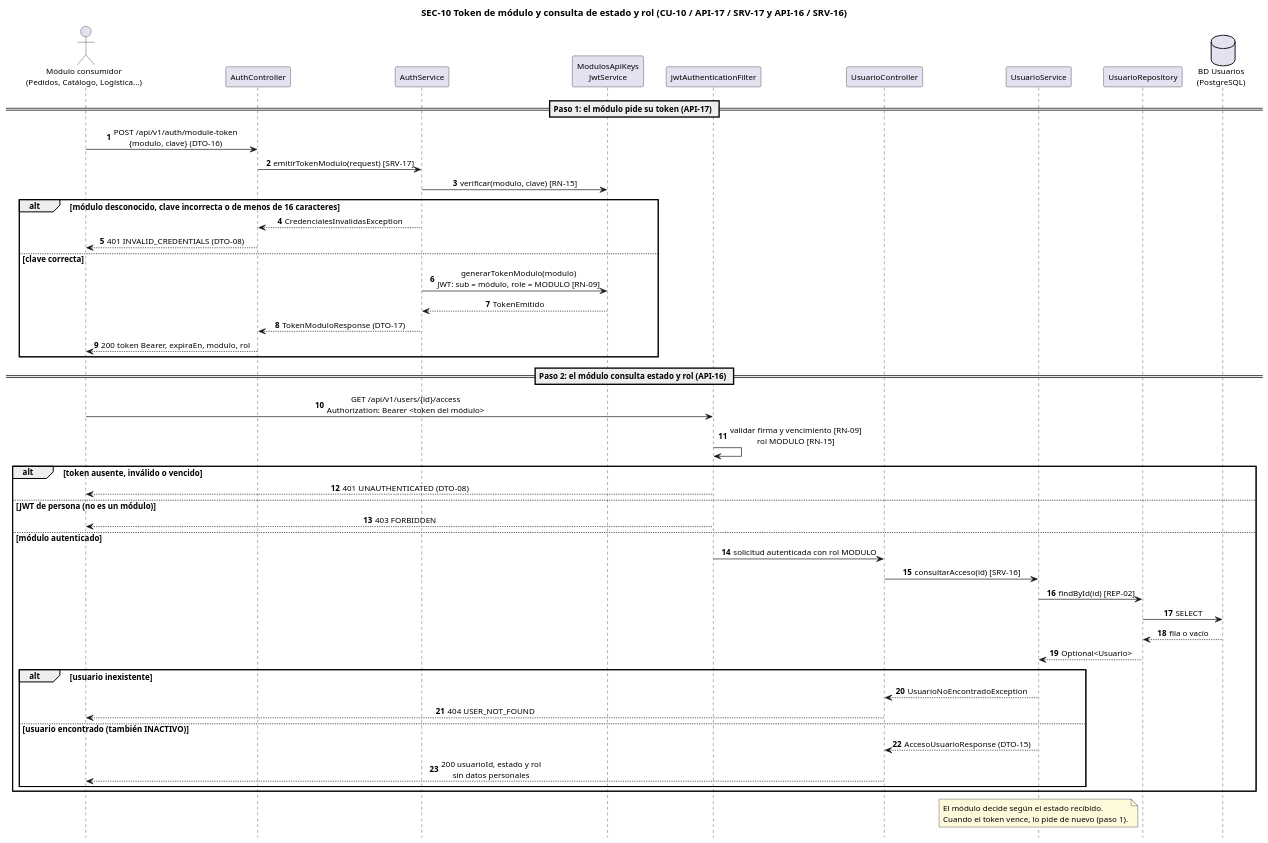
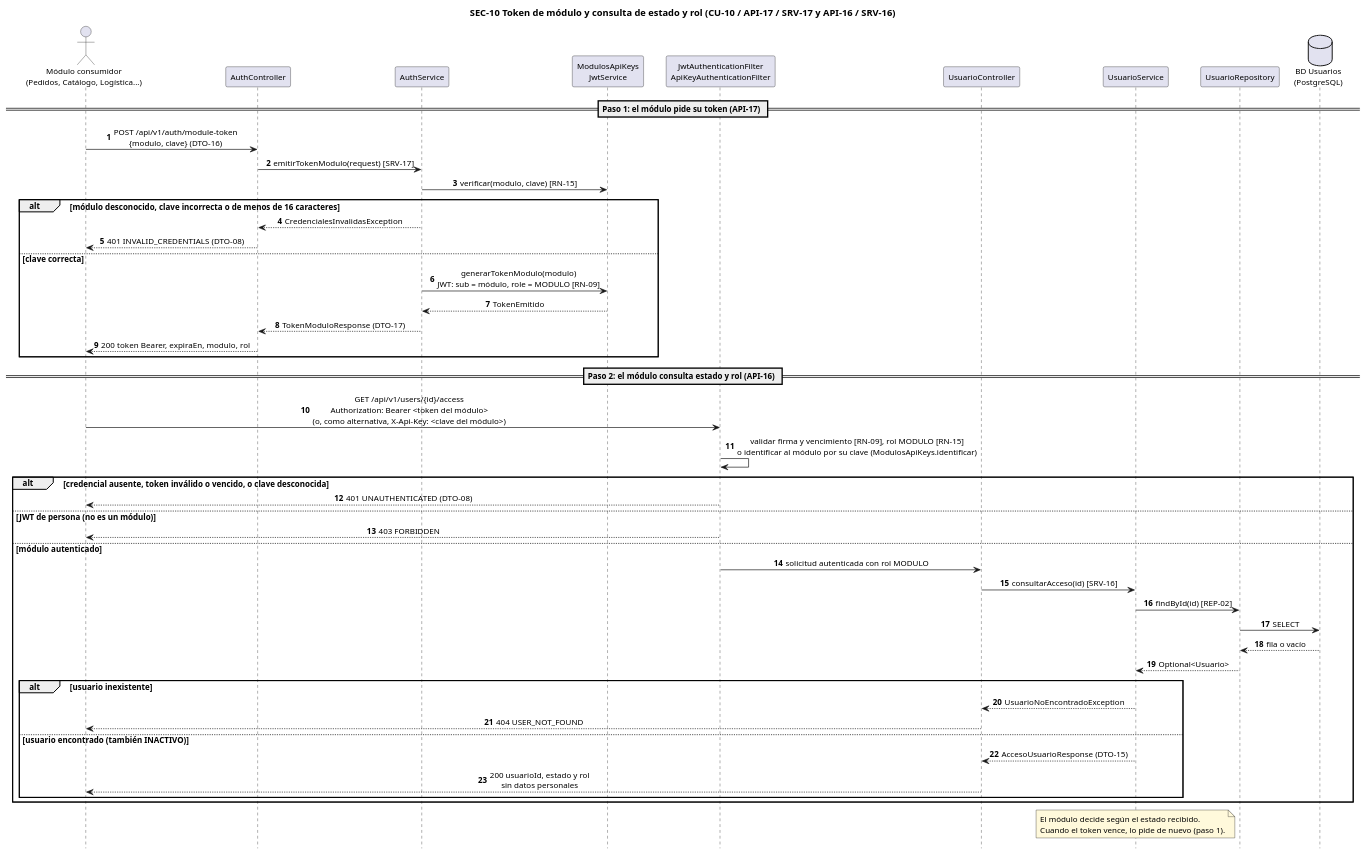
The diagram in doc/Diagramas/SEC-10.puml (CarlaGorgal2002/deliverygo-usuarios-auth), drawn with PlantUML before and after one commit. The commit also changed 25 other files, not shown here.

First line of the commit message:
feat: Usuarios acepta el JWT de módulo y también X-Api-Key

```diff
--- a/doc/Diagramas/SEC-10.puml
+++ b/doc/Diagramas/SEC-10.puml
@@ -1,60 +1,60 @@
 @startuml SEC-10
 skinparam dpi 110
 skinparam shadowing false
 skinparam defaultFontName Arial
 skinparam defaultFontSize 12
 skinparam sequenceMessageAlign center
 skinparam responseMessageBelowArrow true
 skinparam NoteBackgroundColor #FFF9DB
 skinparam ParticipantPadding 12
 hide footbox
 title SEC-10 Token de módulo y consulta de estado y rol (CU-10 / API-17 / SRV-17 y API-16 / SRV-16)
 autonumber
 actor "Módulo consumidor\n(Pedidos, Catálogo, Logística...)" as A
 participant AuthController as AC
 participant AuthService as AS
 participant "ModulosApiKeys\nJwtService" as K
-participant JwtAuthenticationFilter as F
+participant "JwtAuthenticationFilter\nApiKeyAuthenticationFilter" as F
 participant UsuarioController as C
 participant UsuarioService as S
 participant UsuarioRepository as UR
 database "BD Usuarios\n(PostgreSQL)" as DB
 
 == Paso 1: el módulo pide su token (API-17) ==
 A -> AC : POST /api/v1/auth/module-token\n{modulo, clave} (DTO-16)
 AC -> AS : emitirTokenModulo(request) [SRV-17]
 AS -> K : verificar(modulo, clave) [RN-15]
 alt módulo desconocido, clave incorrecta o de menos de 16 caracteres
   AS --> AC : CredencialesInvalidasException
   AC --> A : 401 INVALID_CREDENTIALS (DTO-08)
 else clave correcta
   AS -> K : generarTokenModulo(modulo)\nJWT: sub = módulo, role = MODULO [RN-09]
   K --> AS : TokenEmitido
   AS --> AC : TokenModuloResponse (DTO-17)
   AC --> A : 200 token Bearer, expiraEn, modulo, rol
 end
 
 == Paso 2: el módulo consulta estado y rol (API-16) ==
-A -> F : GET /api/v1/users/{id}/access\nAuthorization: Bearer <token del módulo>
-F -> F : validar firma y vencimiento [RN-09]\nrol MODULO [RN-15]
-alt token ausente, inválido o vencido
+A -> F : GET /api/v1/users/{id}/access\nAuthorization: Bearer <token del módulo>\n(o, como alternativa, X-Api-Key: <clave del módulo>)
+F -> F : validar firma y vencimiento [RN-09], rol MODULO [RN-15]\no identificar al módulo por su clave (ModulosApiKeys.identificar)
+alt credencial ausente, token inválido o vencido, o clave desconocida
   F --> A : 401 UNAUTHENTICATED (DTO-08)
 else JWT de persona (no es un módulo)
   F --> A : 403 FORBIDDEN
 else módulo autenticado
   F -> C : solicitud autenticada con rol MODULO
   C -> S : consultarAcceso(id) [SRV-16]
   S -> UR : findById(id) [REP-02]
   UR -> DB : SELECT
   DB --> UR : fila o vacío
   UR --> S : Optional<Usuario>
   alt usuario inexistente
     S --> C : UsuarioNoEncontradoException
     C --> A : 404 USER_NOT_FOUND
   else usuario encontrado (también INACTIVO)
     S --> C : AccesoUsuarioResponse (DTO-15)
     C --> A : 200 usuarioId, estado y rol\nsin datos personales
   end
 end
 note over S : El módulo decide según el estado recibido.\nCuando el token vence, lo pide de nuevo (paso 1).
 @enduml
```
